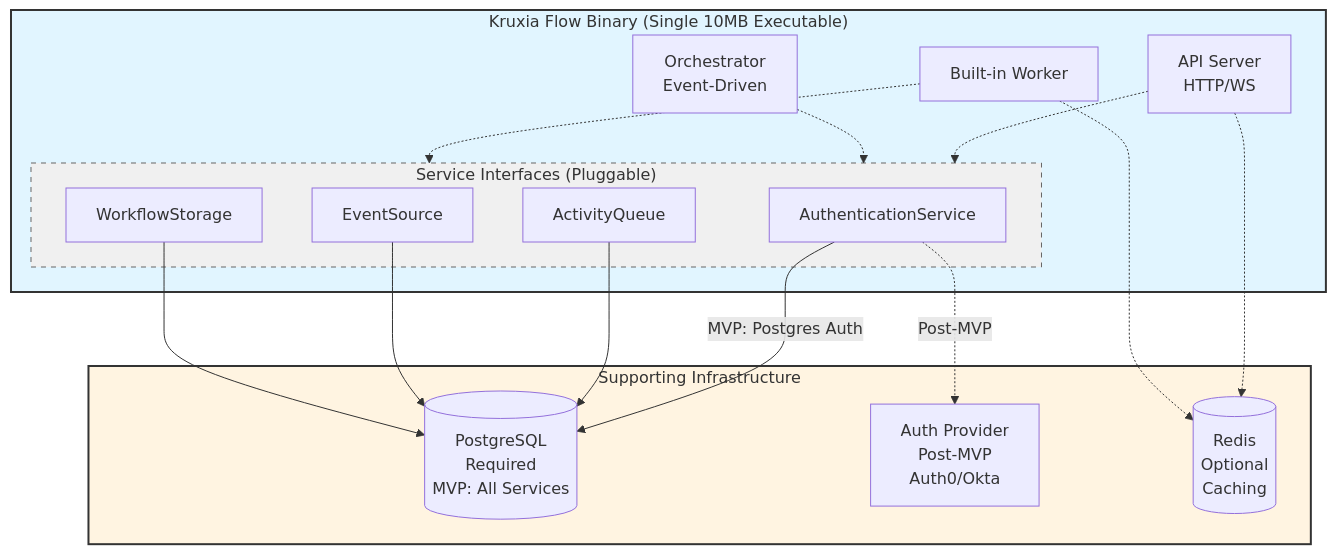
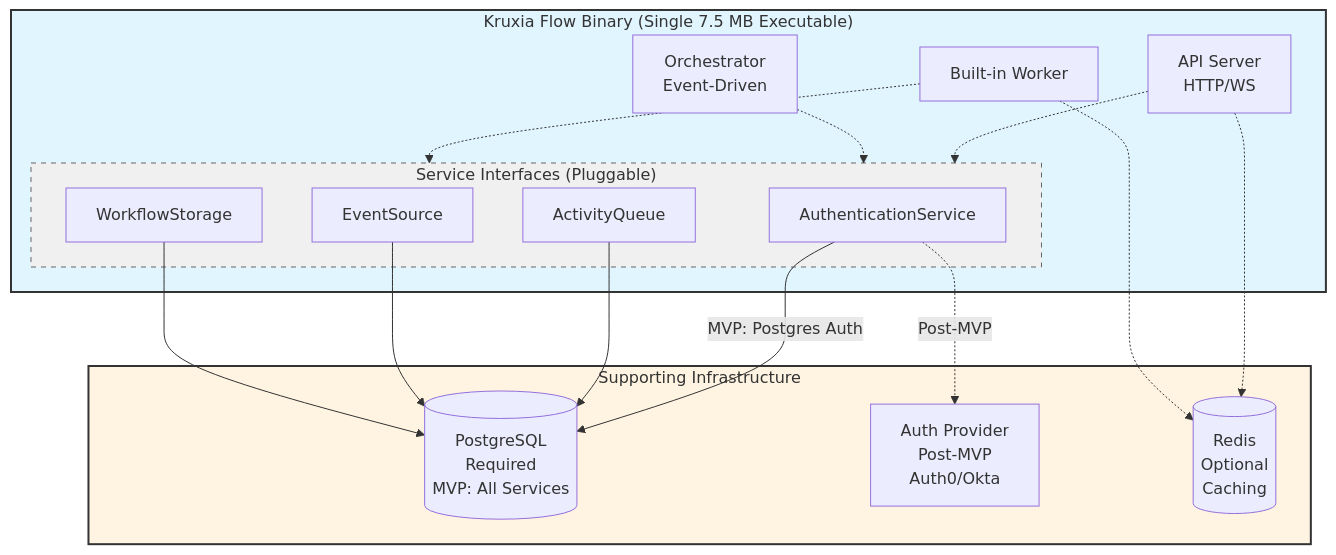
Before and after one commit to kruxia/kruxiaflow: the first of 5 diagrams in docs/architecture.md, drawn with Mermaid. The commit also changed other lines of this file and 13 other files, not shown here.

````diff
--- a/docs/architecture.md
+++ b/docs/architecture.md
@@ -35,42 +35,42 @@
 ```mermaid
 flowchart TB
-    subgraph Binary["Kruxia Flow Binary (Single 10MB Executable)"]
+    subgraph Binary["Kruxia Flow Binary (Single 7.5 MB Executable)"]
         API[API Server<br/>HTTP/WS]
         Orch[Orchestrator<br/>Event-Driven]
         Worker[Built-in Worker]
 
         subgraph Interfaces["Service Interfaces (Pluggable)"]
             AuthSvc[AuthenticationService]
             QueueSvc[ActivityQueue]
             EventSvc[EventSource]
             StorageSvc[WorkflowStorage]
         end
     end
 
     subgraph Infra["Supporting Infrastructure"]
         PG[(PostgreSQL<br/>Required<br/>MVP: All Services)]
         Auth[Auth Provider<br/>Post-MVP<br/>Auth0/Okta]
         Redis[(Redis<br/>Optional<br/>Caching)]
     end
 
     API -.-> Interfaces
     Orch -.-> Interfaces
     Worker -.-> Interfaces
 
     AuthSvc -->|MVP: Postgres Auth| PG
     AuthSvc -.->|Post-MVP| Auth
     QueueSvc --> PG
     EventSvc --> PG
     StorageSvc --> PG
 
     API -.-> Redis
     Worker -.-> Redis
 
     classDef binary fill:#e1f5ff,stroke:#333,stroke-width:2px
     classDef infra fill:#fff4e1,stroke:#333,stroke-width:2px
     classDef interface fill:#f0f0f0,stroke:#666,stroke-dasharray: 5 5
 
     class Binary binary
     class Infra infra
     class Interfaces interface
 ```
````
